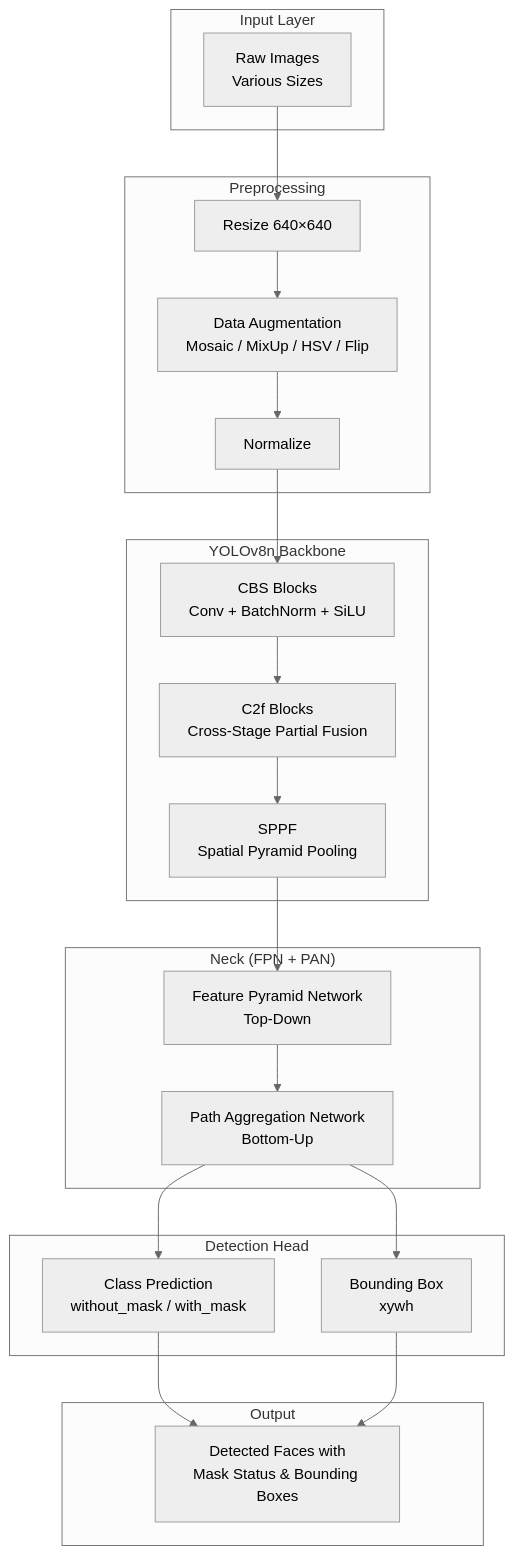
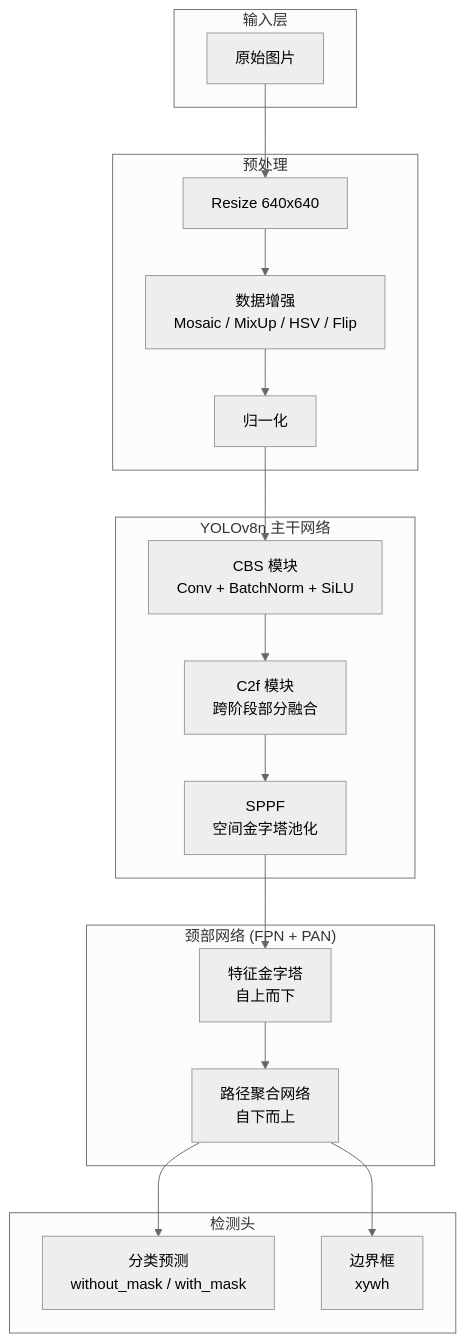
Before and after one commit to Longdc48/-: the diagram in results/report_summary.md, drawn with Mermaid (neutral theme). The commit also changed other lines of this file and 5 other files, not shown here.

````diff
--- a/results/report_summary.md
+++ b/results/report_summary.md
@@ -9,38 +20,33 @@
 ```mermaid
 graph TD
-    subgraph Input["Input Layer"]
-        IMG["Raw Images<br/>Various Sizes"]
+    subgraph Input["输入层"]
+        IMG["原始图片"]
     end
 
-    subgraph Preprocess["Preprocessing"]
-        RS["Resize 640×640"]
-        AUG["Data Augmentation<br/>Mosaic / MixUp / HSV / Flip"]
-        NM["Normalize"]
+    subgraph Preprocess["预处理"]
+        RS["Resize 640x640"]
+        AUG["数据增强<br/>Mosaic / MixUp / HSV / Flip"]
+        NM["归一化"]
     end
 
-    subgraph Backbone["YOLOv8n Backbone"]
-        CBS["CBS Blocks<br/>Conv + BatchNorm + SiLU"]
-        C2F["C2f Blocks<br/>Cross-Stage Partial Fusion"]
-        SPPF["SPPF<br/>Spatial Pyramid Pooling"]
+    subgraph Backbone["YOLOv8n 主干网络"]
+        CBS["CBS 模块<br/>Conv + BatchNorm + SiLU"]
+        C2F["C2f 模块<br/>跨阶段部分融合"]
+        SPPF["SPPF<br/>空间金字塔池化"]
     end
 
-    subgraph Neck["Neck (FPN + PAN)"]
-        FPN["Feature Pyramid Network<br/>Top-Down"]
-        PAN["Path Aggregation Network<br/>Bottom-Up"]
+    subgraph Neck["颈部网络 (FPN + PAN)"]
+        FPN["特征金字塔<br/>自上而下"]
+        PAN["路径聚合网络<br/>自下而上"]
     end
 
-    subgraph Head["Detection Head"]
-        CLS["Class Prediction<br/>without_mask / with_mask"]
-        BOX["Bounding Box<br/>xywh"]
-    end
-
-    subgraph Output["Output"]
-        DET["Detected Faces with<br/>Mask Status & Bounding Boxes"]
+    subgraph Head["检测头"]
+        CLS["分类预测<br/>without_mask / with_mask"]
+        BOX["边界框<br/>xywh"]
     end
 
     IMG --> RS --> AUG --> NM
     NM --> CBS --> C2F --> SPPF
     SPPF --> FPN --> PAN
     PAN --> CLS & BOX
-    CLS & BOX --> DET
 ```
````
